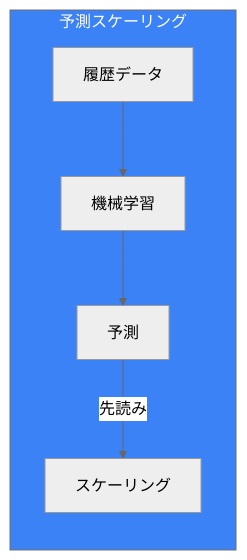
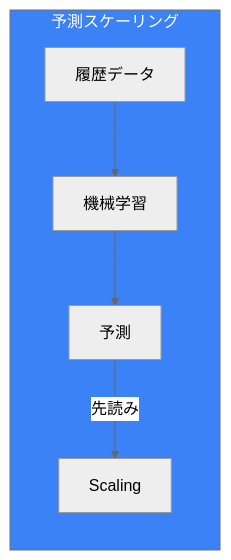
One commit to shunkus/shunku.net changed the second of 5 diagrams in content/blog/ja/aws-auto-scaling-advanced.md. Above: the diagram before and after it, drawn with Mermaid (neutral theme). The commit also changed other lines of this file and 56 other files, not shown here.

````diff
--- a/content/blog/ja/aws-auto-scaling-advanced.md
+++ b/content/blog/ja/aws-auto-scaling-advanced.md
@@ -104,15 +104,15 @@
 ```mermaid
 flowchart LR
     subgraph Predictive["予測スケーリング"]
         History["履歴データ"]
         ML["機械学習"]
         Forecast["予測"]
-        Scale["スケーリング"]
+        Scale["Scaling"]
     end
 
     History --> ML
     ML --> Forecast
     Forecast --> |"先読み"| Scale
 
     style Predictive fill:#3b82f6,color:#fff
 ```
````
